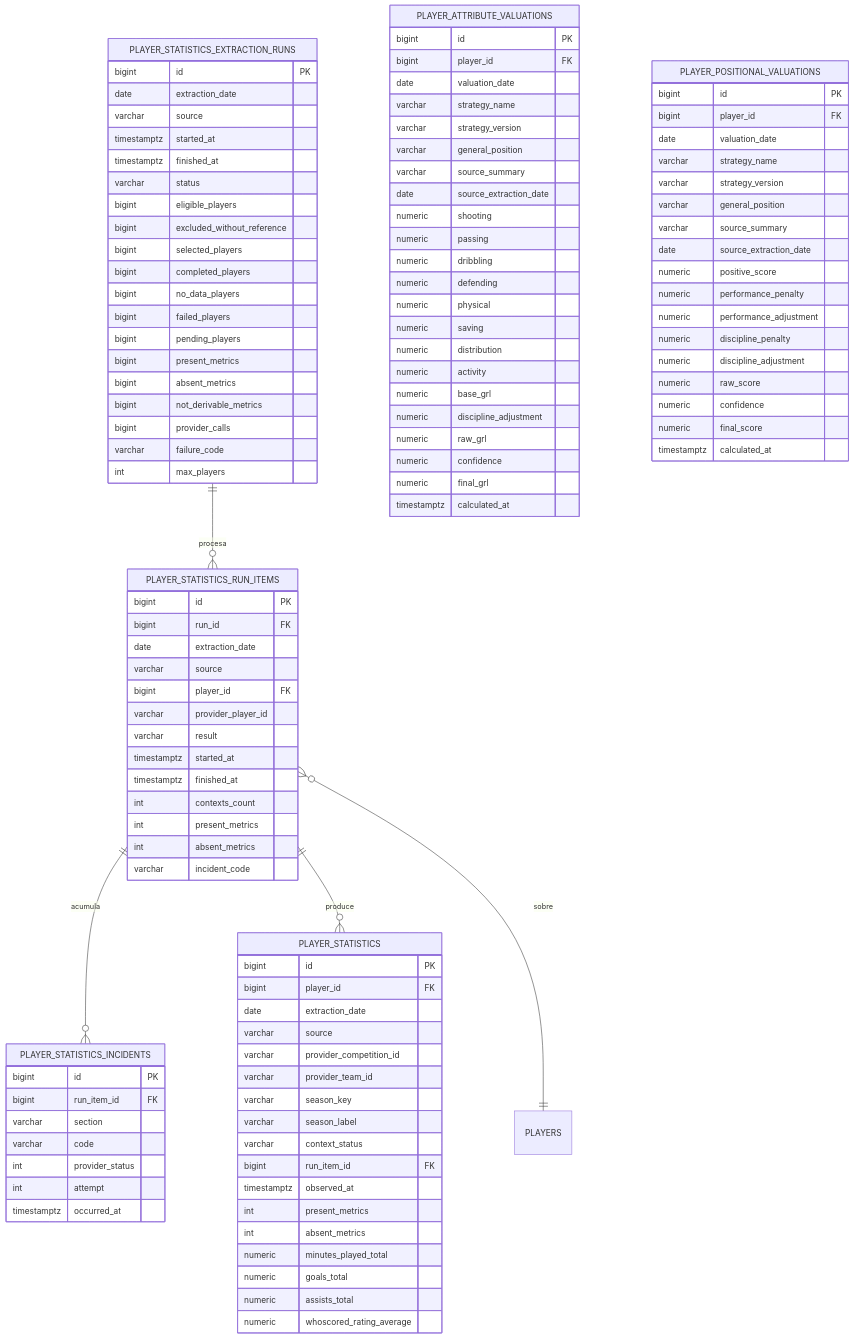
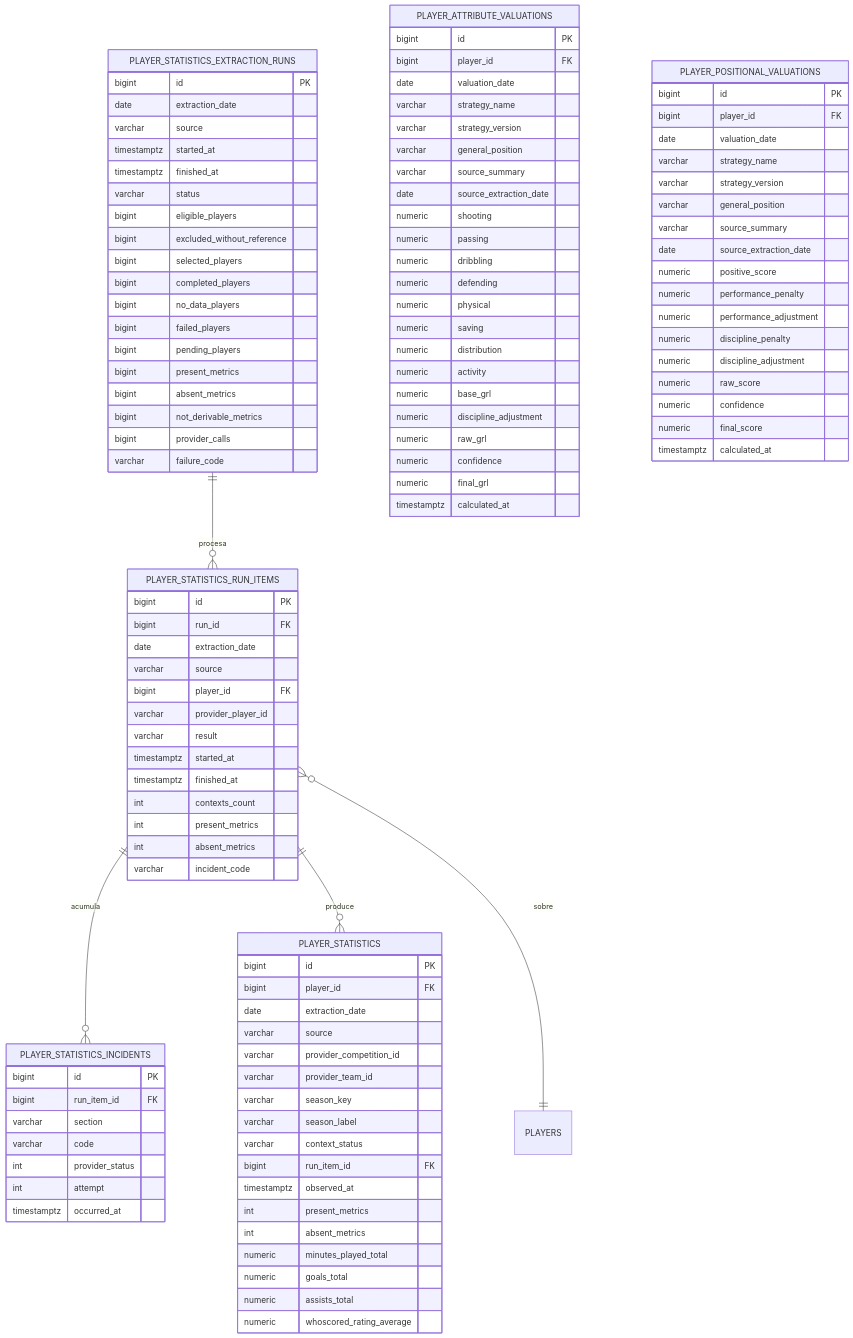
One commit to YoelSLA/football-market changed the fourth of 5 diagrams in docs/backend/data-model.md. Above: the diagram before and after it, drawn with Mermaid. The commit also changed other lines of this file and 66 other files, not shown here.

```diff
--- a/docs/backend/data-model.md
+++ b/docs/backend/data-model.md
@@ -281,7 +281,6 @@
         bigint not_derivable_metrics
         bigint provider_calls
         varchar failure_code
-        int max_players
     }
     PLAYER_STATISTICS_EXTRACTION_RUNS ||--o{ PLAYER_STATISTICS_RUN_ITEMS : "procesa"
     PLAYER_STATISTICS_RUN_ITEMS ||--o{ PLAYER_STATISTICS_INCIDENTS : "acumula"
```
